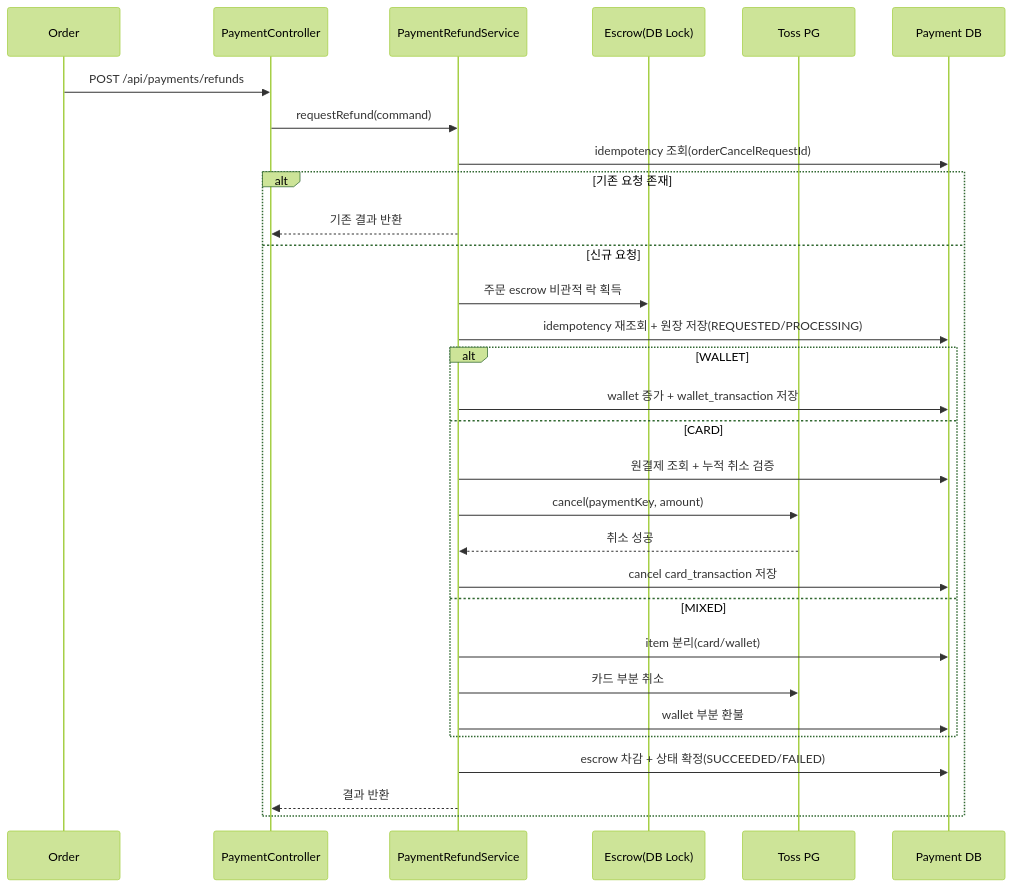
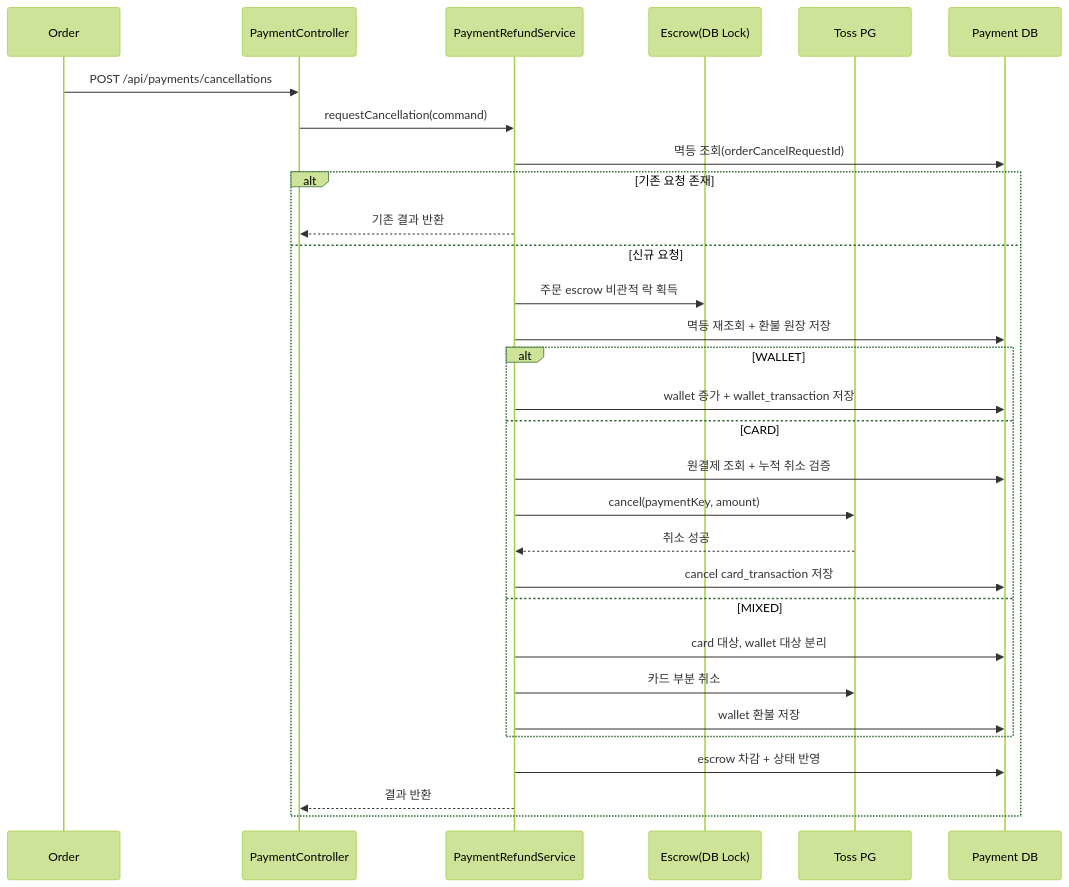
One commit to sihoney/GoodsMall_BE changed the first of 2 diagrams in payment/docs/주문 환불 구현 가이드.md. Above: the diagram before and after it, drawn with Mermaid (forest theme). The commit also changed other lines of this file and 2 other files, not shown here.

````diff
--- a/payment/docs/주문 환불 구현 가이드.md
+++ b/payment/docs/주문 환불 구현 가이드.md
@@ -201,33 +225,33 @@
 ```mermaid
 sequenceDiagram
     participant O as Order
     participant C as PaymentController
     participant S as PaymentRefundService
     participant E as Escrow(DB Lock)
     participant T as Toss PG
     participant DB as Payment DB
 
-    O->>C: POST /api/payments/refunds
-    C->>S: requestRefund(command)
-    S->>DB: idempotency 조회(orderCancelRequestId)
+    O->>C: POST /api/payments/cancellations
+    C->>S: requestCancellation(command)
+    S->>DB: 멱등 조회(orderCancelRequestId)
     alt 기존 요청 존재
         S-->>C: 기존 결과 반환
     else 신규 요청
         S->>E: 주문 escrow 비관적 락 획득
-        S->>DB: idempotency 재조회 + 원장 저장(REQUESTED/PROCESSING)
+        S->>DB: 멱등 재조회 + 환불 원장 저장
         alt WALLET
             S->>DB: wallet 증가 + wallet_transaction 저장
         else CARD
             S->>DB: 원결제 조회 + 누적 취소 검증
             S->>T: cancel(paymentKey, amount)
             T-->>S: 취소 성공
             S->>DB: cancel card_transaction 저장
         else MIXED
-            S->>DB: item 분리(card/wallet)
+            S->>DB: card 대상, wallet 대상 분리
             S->>T: 카드 부분 취소
-            S->>DB: wallet 부분 환불
+            S->>DB: wallet 환불 저장
         end
-        S->>DB: escrow 차감 + 상태 확정(SUCCEEDED/FAILED)
+        S->>DB: escrow 차감 + 상태 반영
         S-->>C: 결과 반환
     end
 ```
````
